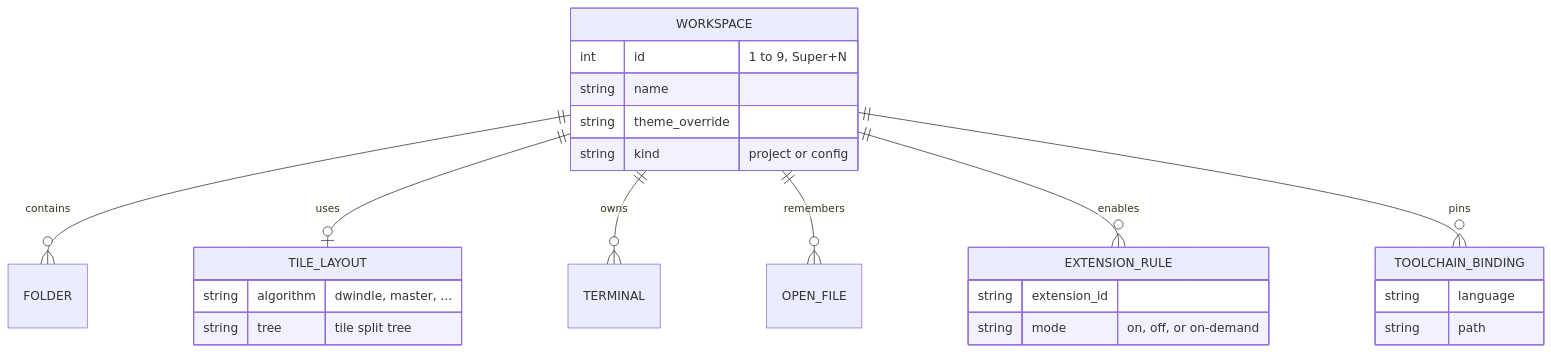
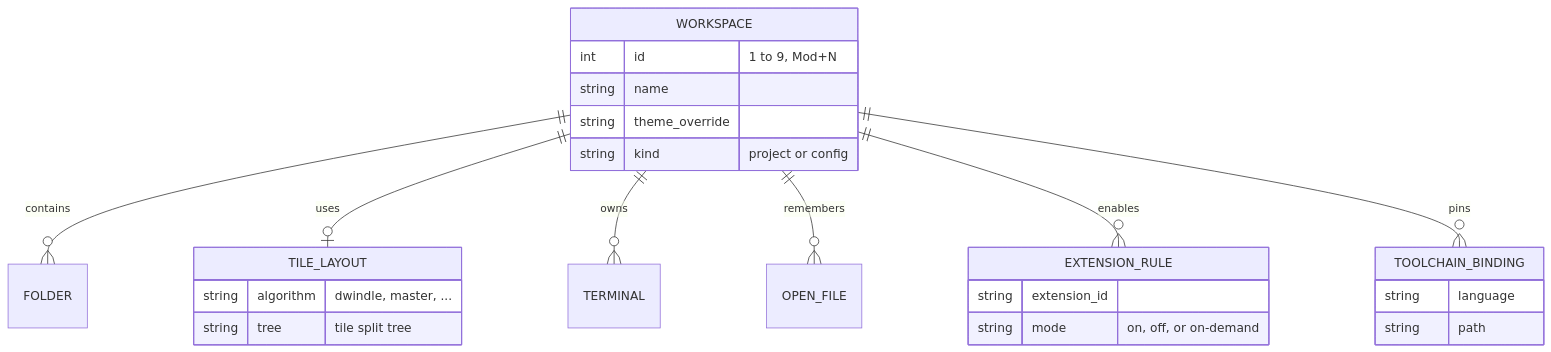
Before and after one commit to fordgarcia/tileIDE: the eighth of 11 diagrams in project_contexts/project_context.md, drawn with Mermaid. The commit also changed other lines of this file and 35 other files, not shown here.

````diff
--- a/project_contexts/project_context.md
+++ b/project_contexts/project_context.md
@@ -273,27 +291,27 @@
 ```mermaid
 erDiagram
   WORKSPACE ||--o{ FOLDER : "contains"
   WORKSPACE ||--o| TILE_LAYOUT : "uses"
   WORKSPACE ||--o{ TERMINAL : "owns"
   WORKSPACE ||--o{ OPEN_FILE : "remembers"
   WORKSPACE ||--o{ EXTENSION_RULE : "enables"
   WORKSPACE ||--o{ TOOLCHAIN_BINDING : "pins"
   WORKSPACE {
-    int id "1 to 9, Super+N"
+    int id "1 to 9, Mod+N"
     string name
     string theme_override
     string kind "project or config"
   }
   TILE_LAYOUT {
     string algorithm "dwindle, master, ..."
     string tree "tile split tree"
   }
   EXTENSION_RULE {
     string extension_id
     string mode "on, off, or on-demand"
   }
   TOOLCHAIN_BINDING {
     string language
     string path
   }
 ```
````
